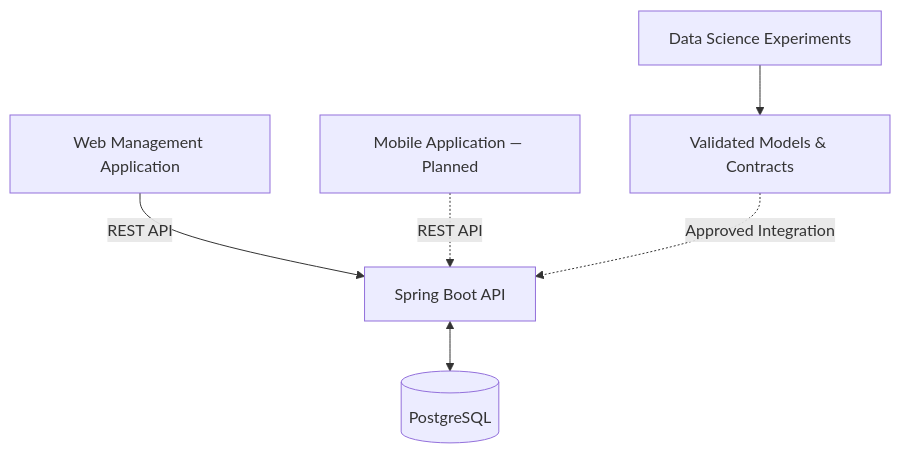
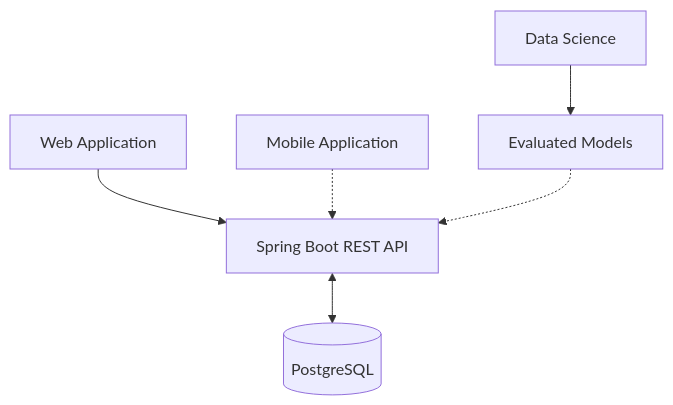
One commit to HauCoder2005/opspilot-enterprise-operations-platform changed the diagram in README.md. Above: the diagram before and after it, drawn with Mermaid. The commit also changed other lines of this file and 3 other files, not shown here.

````diff
--- a/README.md
+++ b/README.md
@@ -68,8 +86,15 @@
 ```mermaid
 flowchart TB
-    WEB["Web Management Application"] -->|REST API| API["Spring Boot API"]
-    MOBILE["Mobile Application — Planned"] -.->|REST API| API
-    API <--> DB[(PostgreSQL)]
-    DS["Data Science Experiments"] --> MODEL["Validated Models & Contracts"]
-    MODEL -.->|Approved Integration| API
+    WEB["Web Application"]
+    MOBILE["Mobile Application"]
+    API["Spring Boot REST API"]
+    DB[("PostgreSQL")]
+    DS["Data Science"]
+    MODEL["Evaluated Models"]
+
+    WEB --> API
+    MOBILE -.-> API
+    API <--> DB
+    DS --> MODEL
+    MODEL -.-> API
 ```
````
